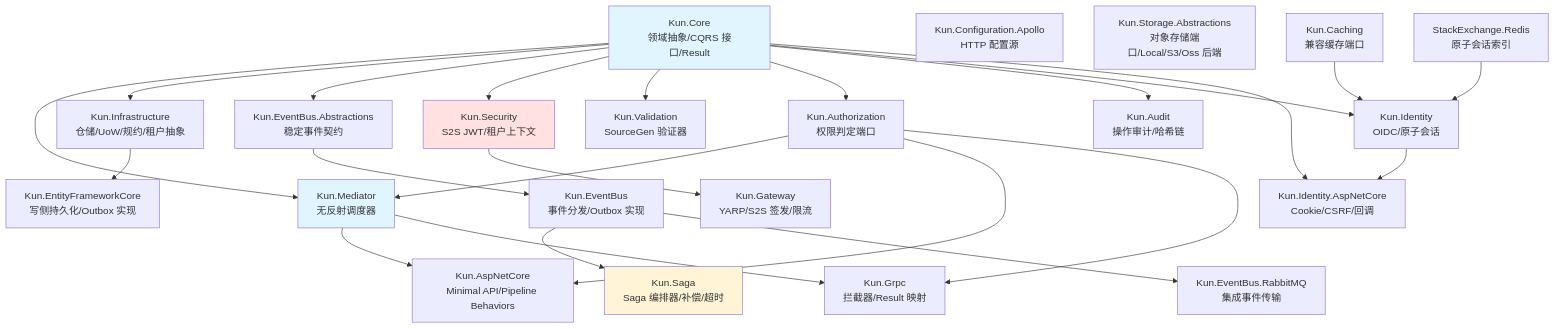
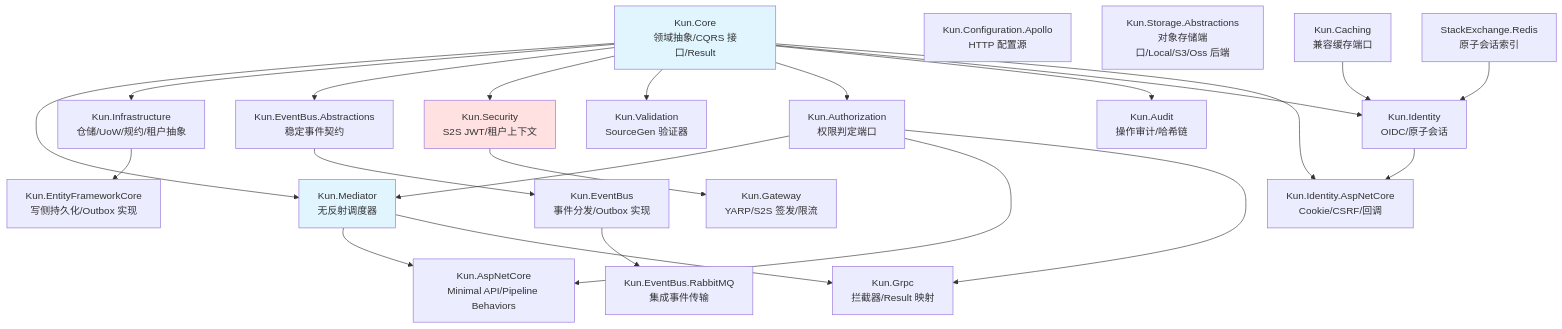
The diagram in docs/design/module-map.md (CavaiLAB/kun), drawn with Mermaid before and after one commit. The commit also changed other lines of this file and 15 other files, not shown here.

First line of the commit message:
docs: 归档 Kun.Saga：删掉讲编排的两页，入门教程与追踪导览改讲 Order 样例的命令流程 [S1-KUN-025]

````diff
--- a/docs/design/module-map.md
+++ b/docs/design/module-map.md
@@ -133,37 +133,35 @@
 ```mermaid
 graph TD
     Core[Kun.Core<br/>领域抽象/CQRS 接口/Result] --> Mediator[Kun.Mediator<br/>无反射调度器]
     Core --> Infra[Kun.Infrastructure<br/>仓储/UoW/规约/租户抽象]
     Core --> EventContracts[Kun.EventBus.Abstractions<br/>稳定事件契约]
     EventContracts --> EventBus[Kun.EventBus<br/>事件分发/Outbox 实现]
     Core --> Security[Kun.Security<br/>S2S JWT/租户上下文]
     Core --> Validation[Kun.Validation<br/>SourceGen 验证器]
     Core --> Authorization[Kun.Authorization<br/>权限判定端口]
     Authorization --> Mediator
     Authorization --> AspNet
     Authorization --> Grpc
     Apollo[Kun.Configuration.Apollo<br/>HTTP 配置源]
     Core --> Audit[Kun.Audit<br/>操作审计/哈希链]
 
     Infra --> EfCore[Kun.EntityFrameworkCore<br/>写侧持久化/Outbox 实现]
 
-    EventBus --> Saga[Kun.Saga<br/>Saga 编排器/补偿/超时]
     EventBus --> RabbitMq[Kun.EventBus.RabbitMQ<br/>集成事件传输]
 
     Storage[Kun.Storage.Abstractions<br/>对象存储端口/Local/S3/Oss 后端]
 
     Mediator --> AspNet[Kun.AspNetCore<br/>Minimal API/Pipeline Behaviors]
     Mediator --> Grpc[Kun.Grpc<br/>拦截器/Result 映射]
 
     Security --> Gateway[Kun.Gateway<br/>YARP/S2S 签发/限流]
     Core --> Identity[Kun.Identity<br/>OIDC/原子会话]
     Caching[Kun.Caching<br/>兼容缓存端口] --> Identity
     RedisClient[StackExchange.Redis<br/>原子会话索引] --> Identity
     Identity --> IdentityWeb[Kun.Identity.AspNetCore<br/>Cookie/CSRF/回调]
     Core --> IdentityWeb
 
     style Core fill:#e1f5ff
     style Mediator fill:#e1f5ff
     style Security fill:#ffe1e1
-    style Saga fill:#fff4d6
 ```
````
